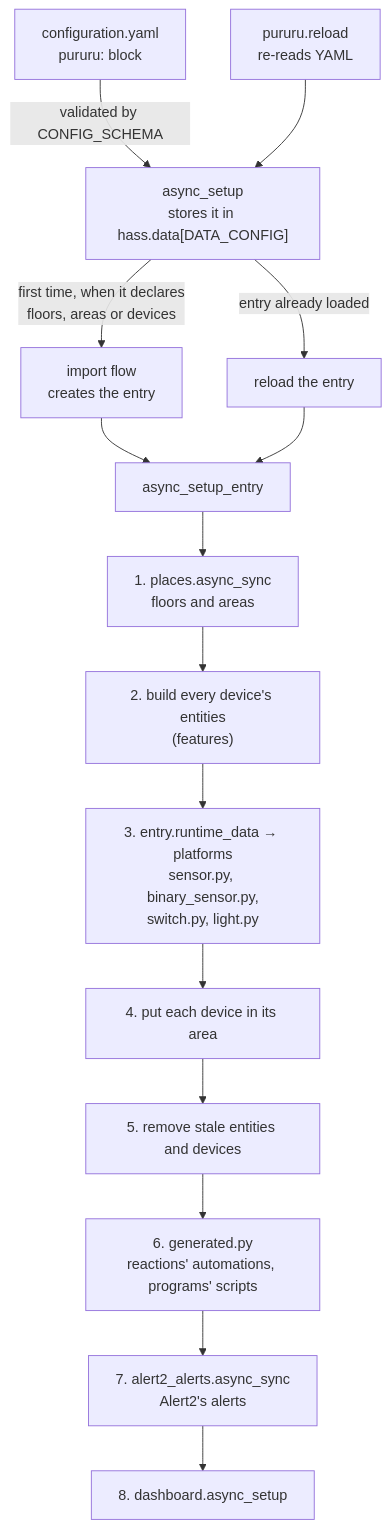
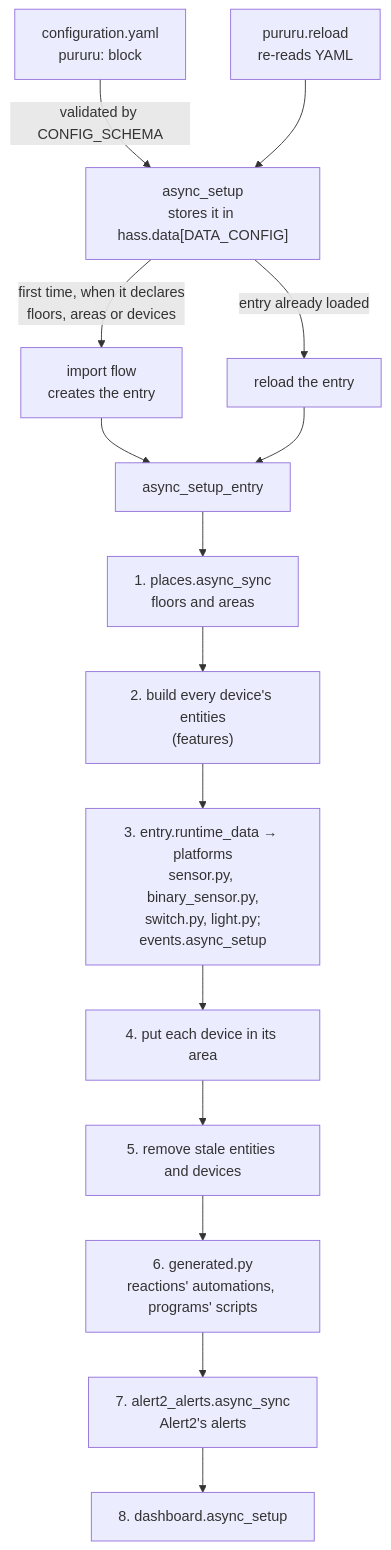
One commit to thatsnotmynameio/pururu-ha changed the diagram in docs/develop/architecture.mdx. Above: the diagram before and after it, drawn with Mermaid. The commit also changed other lines of this file and 14 other files, not shown here.

````diff
--- a/docs/develop/architecture.mdx
+++ b/docs/develop/architecture.mdx
@@ -10,17 +10,17 @@
 ```mermaid
 flowchart TD
     Y["configuration.yaml<br/>pururu: block"] -->|"validated by CONFIG_SCHEMA"| S["async_setup<br/>stores it in hass.data[DATA_CONFIG]"]
     S -->|"first time, when it declares<br/>floors, areas or devices"| F["import flow<br/>creates the entry"]
     S -->|"entry already loaded"| R["reload the entry"]
     F --> E
     R --> E
     RS["pururu.reload<br/>re-reads YAML"] --> S
     E["async_setup_entry"] --> P1["1. places.async_sync<br/>floors and areas"]
     P1 --> P2["2. build every device's entities<br/>(features)"]
-    P2 --> P3["3. entry.runtime_data → platforms<br/>sensor.py, binary_sensor.py,<br/>switch.py, light.py"]
+    P2 --> P3["3. entry.runtime_data → platforms<br/>sensor.py, binary_sensor.py,<br/>switch.py, light.py;<br/>events.async_setup"]
     P3 --> P4["4. put each device in its area"]
     P4 --> P5["5. remove stale entities and devices"]
     P5 --> P6["6. generated.py<br/>reactions' automations, programs' scripts"]
     P6 --> P7["7. alert2_alerts.async_sync<br/>Alert2's alerts"]
     P7 --> P8["8. dashboard.async_setup"]
 ```
````
